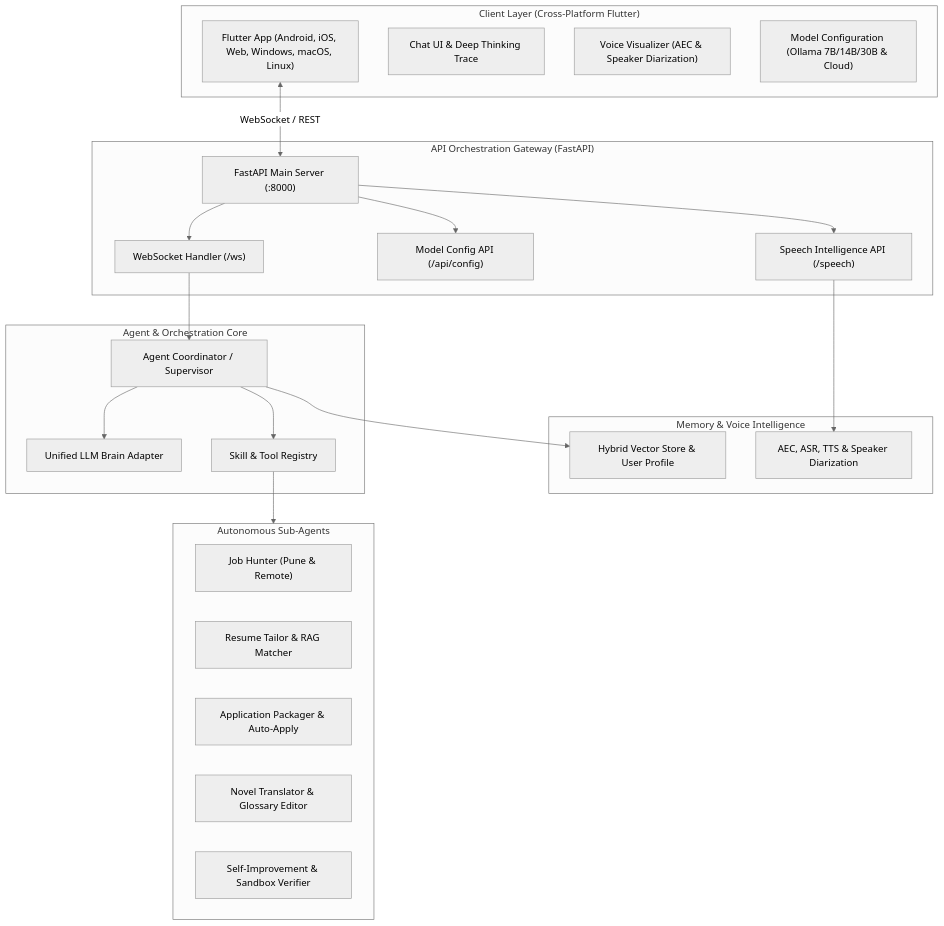
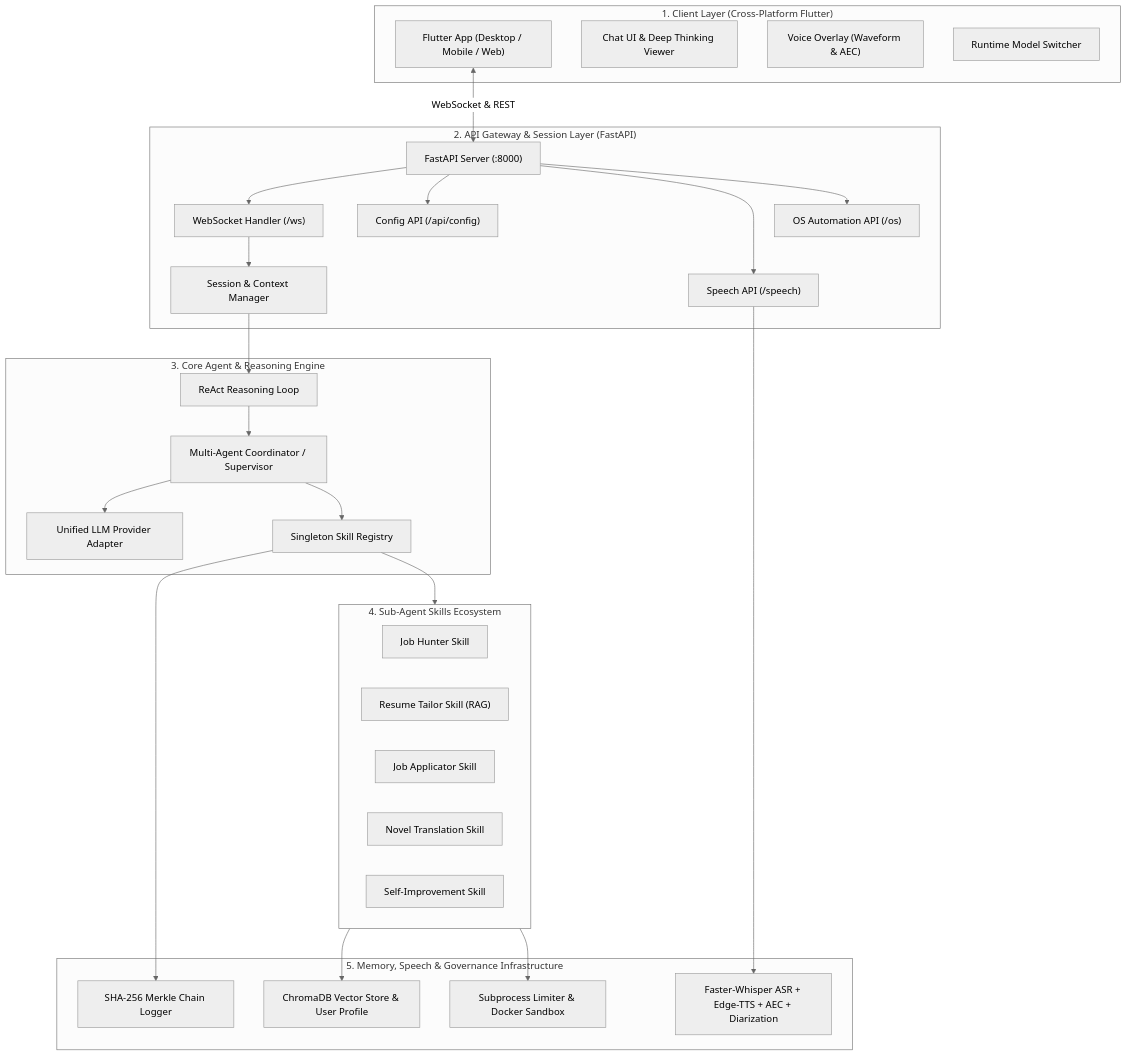
Before and after one commit to Kennny7/Thanatos: the diagram in docs/architecture.md, drawn with Mermaid (neutral theme). The commit also changed other lines of this file, not shown here.

Commit message:
feat: enhance architecture documentation with detailed subsystem breakdown and improved structure

````diff
--- a/docs/architecture.md
+++ b/docs/architecture.md
@@ -11,42 +40,51 @@
 ```mermaid
 flowchart TB
-    subgraph ClientLayer ["Client Layer (Cross-Platform Flutter)"]
-        FlutterApp["Flutter App (Android, iOS, Web, Windows, macOS, Linux)"]
-        ChatUI["Chat UI & Deep Thinking Trace"]
-        VoiceUI["Voice Visualizer (AEC & Speaker Diarization)"]
-        SettingsUI["Model Configuration (Ollama 7B/14B/30B & Cloud)"]
+    subgraph ClientLayer ["1. Client Layer (Cross-Platform Flutter)"]
+        FlutterApp["Flutter App (Desktop / Mobile / Web)"]
+        ChatScreen["Chat UI & Deep Thinking Viewer"]
+        VoiceVisualizer["Voice Overlay (Waveform & AEC)"]
+        SettingsScreen["Runtime Model Switcher"]
     end
 
-    subgraph APILayer ["API Orchestration Gateway (FastAPI)"]
-        MainApp["FastAPI Main Server (:8000)"]
+    subgraph GatewayLayer ["2. API Gateway & Session Layer (FastAPI)"]
+        MainApp["FastAPI Server (:8000)"]
         WSRoute["WebSocket Handler (/ws)"]
-        ConfigRoute["Model Config API (/api/config)"]
-        SpeechRoute["Speech Intelligence API (/speech)"]
+        ConfigRoute["Config API (/api/config)"]
+        SpeechRoute["Speech API (/speech)"]
+        OSRoute["OS Automation API (/os)"]
+        SessionMgr["Session & Context Manager"]
     end
 
-    subgraph CoreEngine ["Agent & Orchestration Core"]
-        Coordinator["Agent Coordinator / Supervisor"]
-        UnifiedProvider["Unified LLM Brain Adapter"]
-        SkillRegistry["Skill & Tool Registry"]
+    subgraph CoreEngine ["3. Core Agent & Reasoning Engine"]
+        AgentLoop["ReAct Reasoning Loop"]
+        Coordinator["Multi-Agent Coordinator / Supervisor"]
+        UnifiedProvider["Unified LLM Provider Adapter"]
+        SkillRegistry["Singleton Skill Registry"]
     end
 
-    subgraph SubAgents ["Autonomous Sub-Agents"]
-        JobHunter["Job Hunter (Pune & Remote)"]
-        ResumeTailor["Resume Tailor & RAG Matcher"]
-        JobApplicator["Application Packager & Auto-Apply"]
-        NovelAgent["Novel Translator & Glossary Editor"]
-        SelfImprovement["Self-Improvement & Sandbox Verifier"]
+    subgraph SubAgentSkills ["4. Sub-Agent Skills Ecosystem"]
+        JobHunter["Job Hunter Skill"]
+        ResumeTailor["Resume Tailor Skill (RAG)"]
+        JobApplicator["Job Applicator Skill"]
+        NovelAgent["Novel Translation Skill"]
+        SelfImprovement["Self-Improvement Skill"]
     end
 
-    subgraph MemoryVoice ["Memory & Voice Intelligence"]
-        RAGMemory["Hybrid Vector Store & User Profile"]
-        SpeechService["AEC, ASR, TTS & Speaker Diarization"]
+    subgraph InfrastructureLayer ["5. Memory, Speech & Governance Infrastructure"]
+        VectorMemory["ChromaDB Vector Store & User Profile"]
+        SpeechEngine["Faster-Whisper ASR + Edge-TTS + AEC + Diarization"]
+        Sandbox["Subprocess Limiter & Docker Sandbox"]
+        AuditChain["SHA-256 Merkle Chain Logger"]
     end
 
-    FlutterApp <-->|WebSocket / REST| MainApp
-    MainApp --> WSRoute & ConfigRoute & SpeechRoute
-    WSRoute --> Coordinator --> UnifiedProvider
-    Coordinator --> SkillRegistry --> SubAgents
-    Coordinator --> RAGMemory
-    SpeechRoute --> SpeechService
+    FlutterApp <-->|WebSocket & REST| MainApp
+    MainApp --> WSRoute & ConfigRoute & SpeechRoute & OSRoute
+    WSRoute --> SessionMgr --> AgentLoop
+    AgentLoop --> Coordinator
+    Coordinator --> UnifiedProvider
+    Coordinator --> SkillRegistry --> SubAgentSkills
+    SubAgentSkills --> VectorMemory
+    SpeechRoute --> SpeechEngine
+    SubAgentSkills --> Sandbox
+    SkillRegistry --> AuditChain
 ```
````
